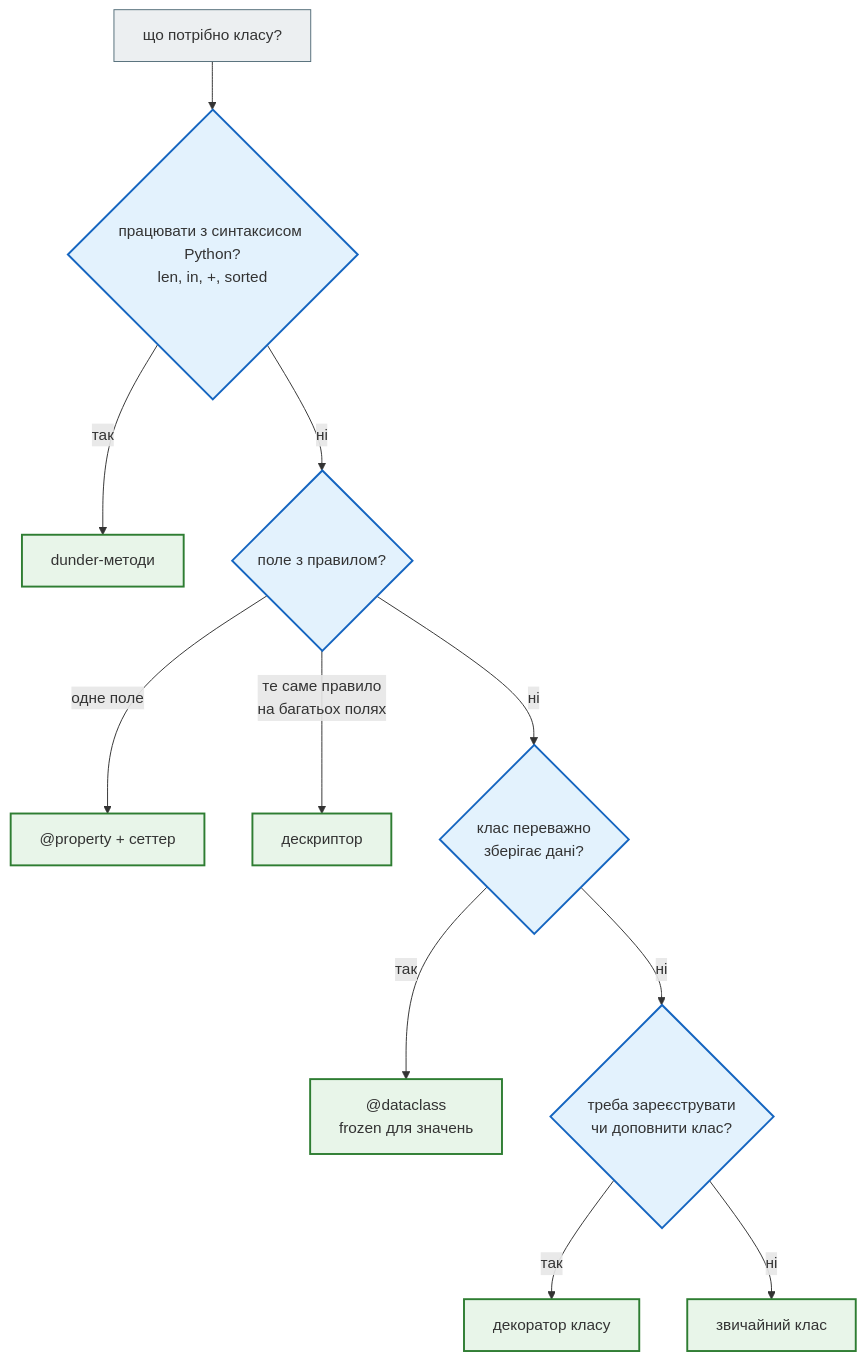
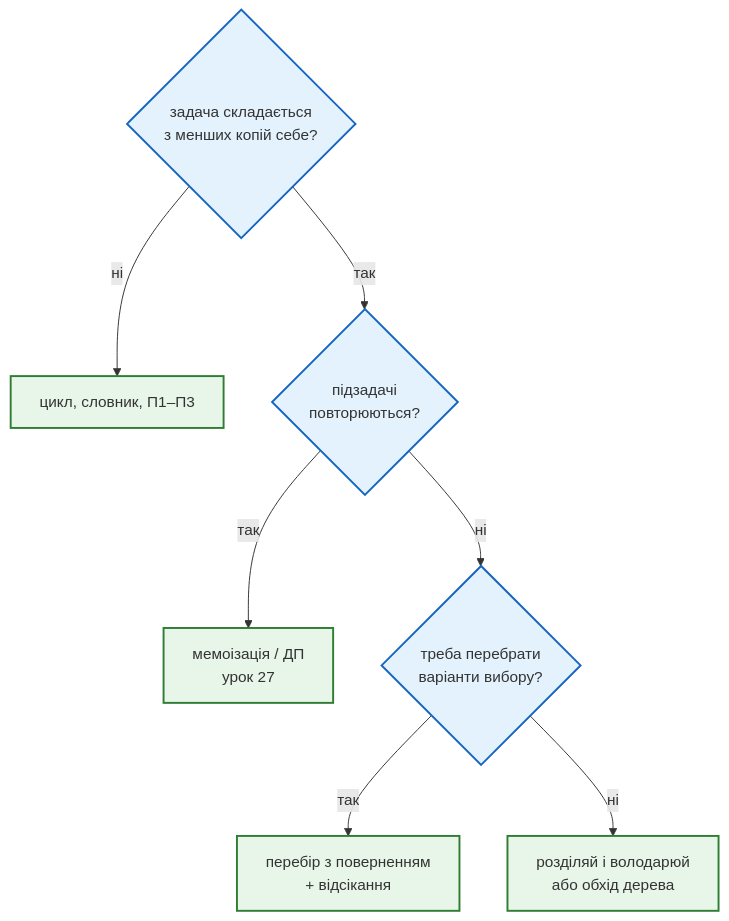
Before and after one commit to AlinaRadchenko/PY-Course-Victor-Nikoriak-22-09-2026: the fourth of 4 diagrams in docs/modules/m2/lesson_23.md, drawn with Mermaid. The commit also changed other lines of this file and 1846 other files, not shown here.

````diff
--- a/docs/modules/m2/lesson_23.md
+++ b/docs/modules/m2/lesson_23.md
@@ -665,23 +462,18 @@
 ```mermaid
 flowchart TD
     classDef step     fill:#eceff1,stroke:#546e7a,stroke-width:1px;
     classDef decision fill:#e3f2fd,stroke:#1565c0,stroke-width:2px;
     classDef success  fill:#e8f5e9,stroke:#2e7d32,stroke-width:2px;
     classDef error    fill:#ffebee,stroke:#c62828,stroke-width:3px;
     classDef warning  fill:#fff8e1,stroke:#e65100,stroke-width:2px;
 
-    S["що потрібно класу?"] --> Q1{"працювати з синтаксисом Python?<br>len, in, +, sorted"}
-    Q1 -- так --> DUN["dunder-методи"]
-    Q1 -- ні --> Q2{"поле з правилом?"}
-    Q2 -- "одне поле" --> PROP["@property + сеттер"]
-    Q2 -- "те саме правило<br>на багатьох полях" --> DESC["дескриптор"]
-    Q2 -- ні --> Q3{"клас переважно<br>зберігає дані?"}
-    Q3 -- так --> DC["@dataclass<br>frozen для значень"]
-    Q3 -- ні --> Q4{"треба зареєструвати<br>чи доповнити клас?"}
-    Q4 -- так --> CD["декоратор класу"]
-    Q4 -- ні --> PLAIN["звичайний клас"]
+    Q{"задача складається<br>з менших копій себе?"} -- ні --> LOOP["цикл, словник, П1–П3"]
+    Q -- так --> S{"підзадачі<br>повторюються?"}
+    S -- так --> MEMO["мемоізація / ДП<br>урок 27"]
+    S -- ні --> K{"треба перебрати<br>варіанти вибору?"}
+    K -- так --> BT["перебір з поверненням<br>+ відсікання"]
+    K -- ні --> DC["розділяй і володарюй<br>або обхід дерева"]
 
-    class S step
-    class Q1,Q2,Q3,Q4 decision
-    class DUN,PROP,DESC,DC,CD,PLAIN success
+    class Q,S,K decision
+    class LOOP,MEMO,BT,DC success
 ```
````
